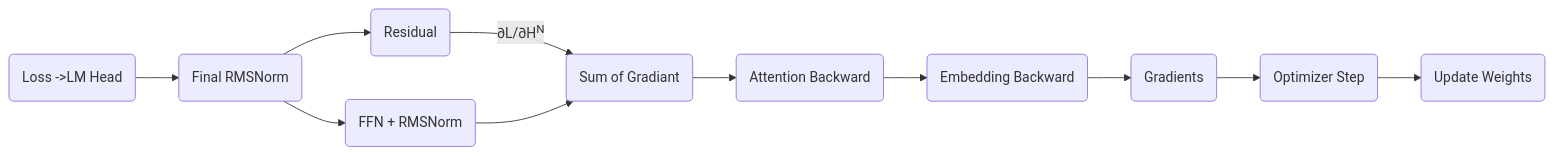
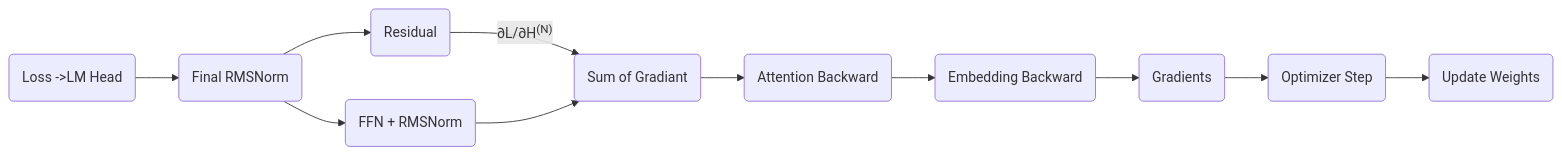
Before and after one commit to ChrisZhu2050/chriszhu2050.github.io: diagram 24 of 24 in index.md, drawn with Mermaid.

````diff
--- a/index.md
+++ b/index.md
@@ -1133,27 +1133,27 @@
   ```mermaid
         flowchart LR
 
           a("Loss ->LM Head")
           c1("Final RMSNorm")
           b1("Residual")
           d("FFN + RMSNorm")
           d1("Sum of Gradiant")
           e("Attention Backward") 
           f("Embedding Backward")
           g("Gradients")
           z("Optimizer Step")
           y("Update Weights")
         
         a --> c1
         c1 --> d
         c1 --> b1
-        b1 -- ∂L/∂H<sup>N</sup>--> d1
+        b1 -- ∂L/∂H<sup>(N)</sup>--> d1
         d --> d1
         d1 --> e
         e --> f
         f --> g
         g --> z
         z --> y
         
 
   ```  
````
